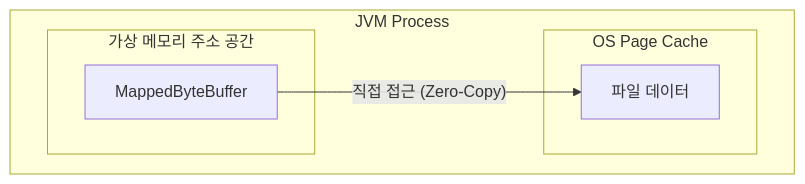
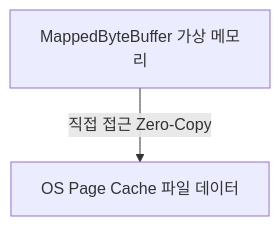
The ninth of 11 diagrams in _posts/java/2026-05-01-java-io.md (yjkim2015/yjkim2015.github.io), drawn with Mermaid before and after one commit. The commit also changed other lines of this file and 155 other files, not shown here.

First line of the commit message:
Mermaid 전면 수정: subgraph 제거, participant/노드/줄수 축소 (342블록)

````diff
--- a/_posts/java/2026-05-01-java-io.md
+++ b/_posts/java/2026-05-01-java-io.md
@@ -737,12 +735,6 @@
 ```mermaid
 graph TD
-    subgraph "JVM Process"
-        subgraph "가상 메모리 주소 공간"
-            MBB["MappedByteBuffer"]
-        end
-        subgraph "OS Page Cache"
-            FILE["파일 데이터"]
-        end
-    end
-    MBB -->|"직접 접근 (Zero-Copy)"| FILE
+    MBB["MappedByteBuffer 가상 메모리"]
+    FILE["OS Page Cache 파일 데이터"]
+    MBB -->|"직접 접근 Zero-Copy"| FILE
 ```
````
